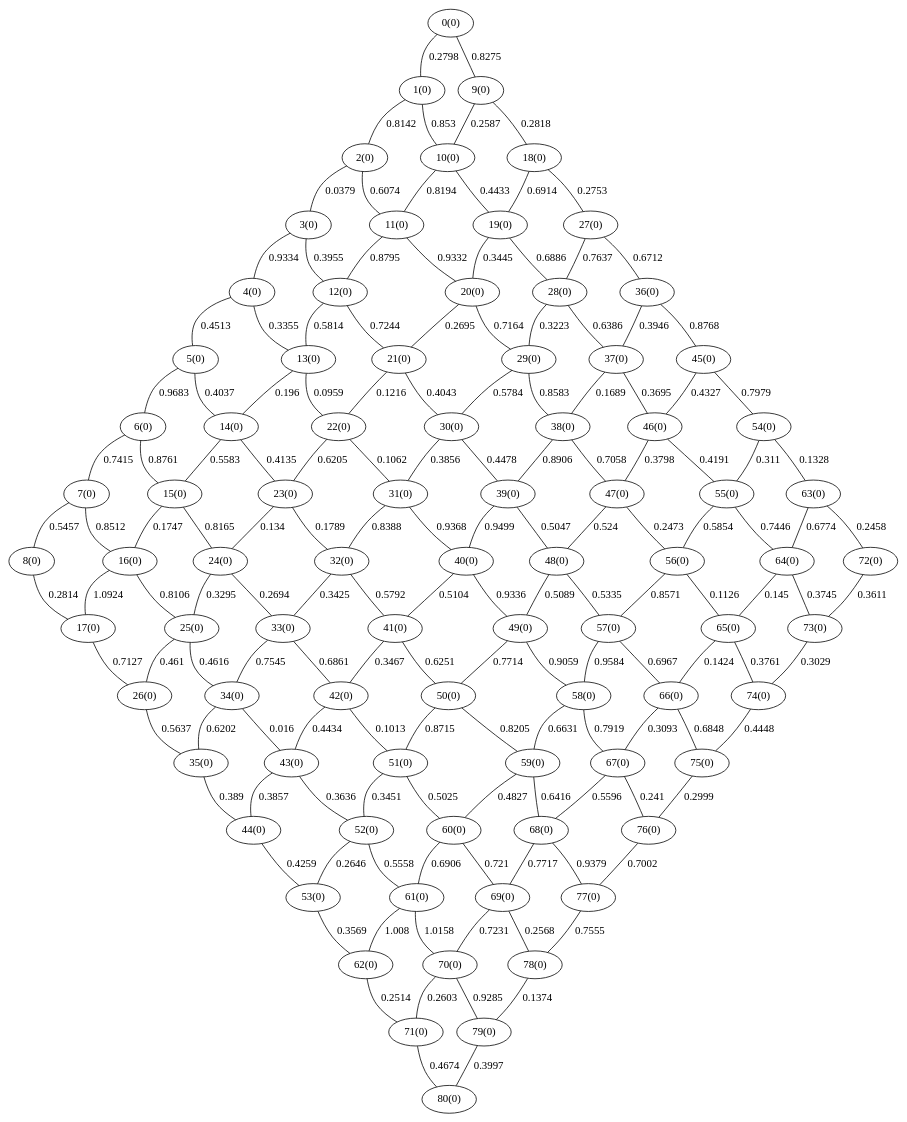
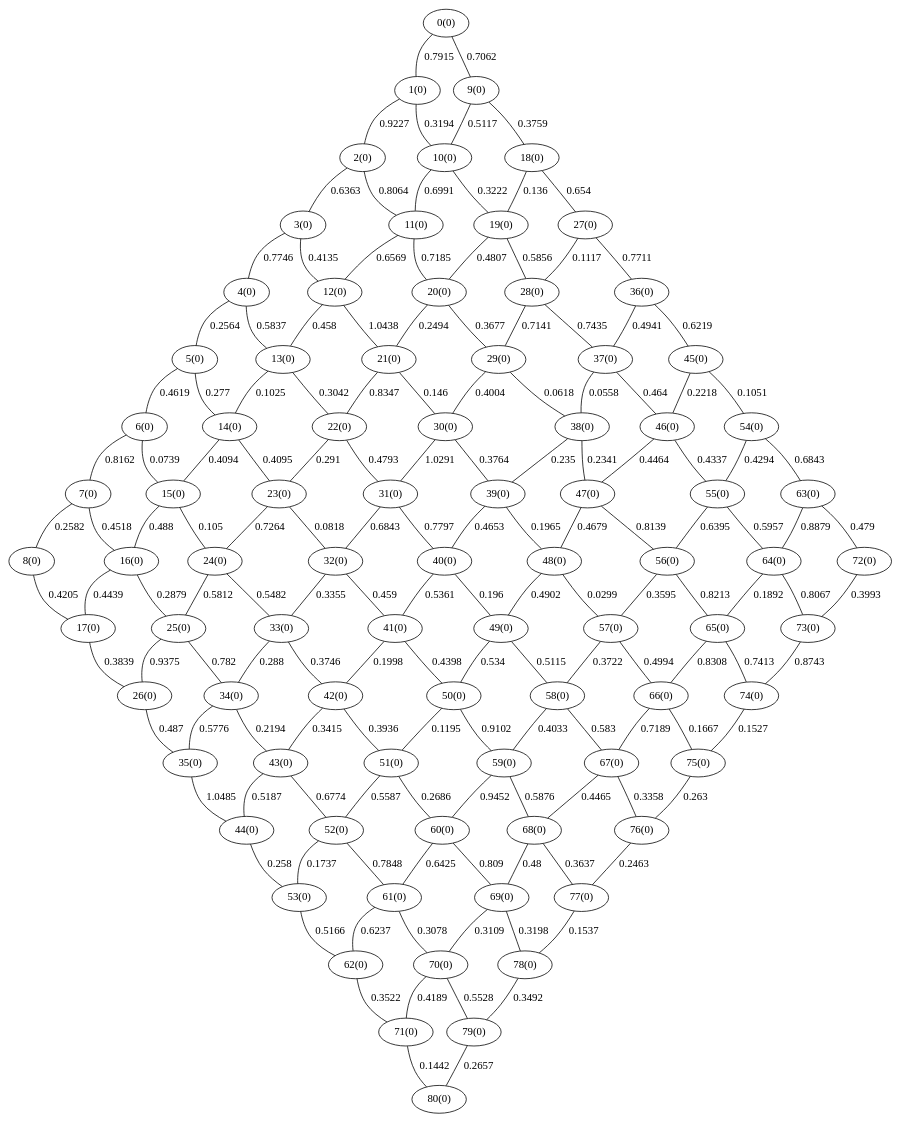
One commit to UR00ing/DAA_proyecto changed the diagram in proyecto_4/Graph/01Malla,9,9.gv. Above: the diagram before and after it, drawn with Graphviz. The commit also changed 98 other files, not shown here.

```diff
--- a/proyecto_4/Graph/01Malla,9,9.gv
+++ b/proyecto_4/Graph/01Malla,9,9.gv
@@ -1,146 +1,146 @@
 graph G {
-"0(0)" -- "1(0)" [label="0.2798"];
-"0(0)" -- "9(0)" [label="0.8275"];
-"1(0)" -- "2(0)" [label="0.8142"];
-"1(0)" -- "10(0)" [label="0.853"];
-"2(0)" -- "3(0)" [label="0.0379"];
-"2(0)" -- "11(0)" [label="0.6074"];
-"3(0)" -- "4(0)" [label="0.9334"];
-"3(0)" -- "12(0)" [label="0.3955"];
-"4(0)" -- "5(0)" [label="0.4513"];
-"4(0)" -- "13(0)" [label="0.3355"];
-"5(0)" -- "6(0)" [label="0.9683"];
-"5(0)" -- "14(0)" [label="0.4037"];
-"6(0)" -- "7(0)" [label="0.7415"];
-"6(0)" -- "15(0)" [label="0.8761"];
-"7(0)" -- "8(0)" [label="0.5457"];
-"7(0)" -- "16(0)" [label="0.8512"];
-"8(0)" -- "17(0)" [label="0.2814"];
-"9(0)" -- "10(0)" [label="0.2587"];
-"9(0)" -- "18(0)" [label="0.2818"];
-"10(0)" -- "11(0)" [label="0.8194"];
-"10(0)" -- "19(0)" [label="0.4433"];
-"11(0)" -- "12(0)" [label="0.8795"];
-"11(0)" -- "20(0)" [label="0.9332"];
-"12(0)" -- "13(0)" [label="0.5814"];
-"12(0)" -- "21(0)" [label="0.7244"];
-"13(0)" -- "14(0)" [label="0.196"];
-"13(0)" -- "22(0)" [label="0.0959"];
-"14(0)" -- "15(0)" [label="0.5583"];
-"14(0)" -- "23(0)" [label="0.4135"];
-"15(0)" -- "16(0)" [label="0.1747"];
-"15(0)" -- "24(0)" [label="0.8165"];
-"16(0)" -- "17(0)" [label="1.0924"];
-"16(0)" -- "25(0)" [label="0.8106"];
-"17(0)" -- "26(0)" [label="0.7127"];
-"18(0)" -- "19(0)" [label="0.6914"];
-"18(0)" -- "27(0)" [label="0.2753"];
-"19(0)" -- "20(0)" [label="0.3445"];
-"19(0)" -- "28(0)" [label="0.6886"];
-"20(0)" -- "21(0)" [label="0.2695"];
-"20(0)" -- "29(0)" [label="0.7164"];
-"21(0)" -- "22(0)" [label="0.1216"];
-"21(0)" -- "30(0)" [label="0.4043"];
-"22(0)" -- "23(0)" [label="0.6205"];
-"22(0)" -- "31(0)" [label="0.1062"];
-"23(0)" -- "24(0)" [label="0.134"];
-"23(0)" -- "32(0)" [label="0.1789"];
-"24(0)" -- "25(0)" [label="0.3295"];
-"24(0)" -- "33(0)" [label="0.2694"];
-"25(0)" -- "26(0)" [label="0.461"];
-"25(0)" -- "34(0)" [label="0.4616"];
-"26(0)" -- "35(0)" [label="0.5637"];
-"27(0)" -- "28(0)" [label="0.7637"];
-"27(0)" -- "36(0)" [label="0.6712"];
-"28(0)" -- "29(0)" [label="0.3223"];
-"28(0)" -- "37(0)" [label="0.6386"];
-"29(0)" -- "30(0)" [label="0.5784"];
-"29(0)" -- "38(0)" [label="0.8583"];
-"30(0)" -- "31(0)" [label="0.3856"];
-"30(0)" -- "39(0)" [label="0.4478"];
-"31(0)" -- "32(0)" [label="0.8388"];
-"31(0)" -- "40(0)" [label="0.9368"];
-"32(0)" -- "33(0)" [label="0.3425"];
-"32(0)" -- "41(0)" [label="0.5792"];
-"33(0)" -- "34(0)" [label="0.7545"];
-"33(0)" -- "42(0)" [label="0.6861"];
-"34(0)" -- "35(0)" [label="0.6202"];
-"34(0)" -- "43(0)" [label="0.016"];
-"35(0)" -- "44(0)" [label="0.389"];
-"36(0)" -- "37(0)" [label="0.3946"];
-"36(0)" -- "45(0)" [label="0.8768"];
-"37(0)" -- "38(0)" [label="0.1689"];
-"37(0)" -- "46(0)" [label="0.3695"];
-"38(0)" -- "39(0)" [label="0.8906"];
-"38(0)" -- "47(0)" [label="0.7058"];
-"39(0)" -- "40(0)" [label="0.9499"];
-"39(0)" -- "48(0)" [label="0.5047"];
-"40(0)" -- "41(0)" [label="0.5104"];
-"40(0)" -- "49(0)" [label="0.9336"];
-"41(0)" -- "42(0)" [label="0.3467"];
-"41(0)" -- "50(0)" [label="0.6251"];
-"42(0)" -- "43(0)" [label="0.4434"];
-"42(0)" -- "51(0)" [label="0.1013"];
-"43(0)" -- "44(0)" [label="0.3857"];
-"43(0)" -- "52(0)" [label="0.3636"];
-"44(0)" -- "53(0)" [label="0.4259"];
-"45(0)" -- "46(0)" [label="0.4327"];
-"45(0)" -- "54(0)" [label="0.7979"];
-"46(0)" -- "47(0)" [label="0.3798"];
-"46(0)" -- "55(0)" [label="0.4191"];
-"47(0)" -- "48(0)" [label="0.524"];
-"47(0)" -- "56(0)" [label="0.2473"];
-"48(0)" -- "49(0)" [label="0.5089"];
-"48(0)" -- "57(0)" [label="0.5335"];
-"49(0)" -- "50(0)" [label="0.7714"];
-"49(0)" -- "58(0)" [label="0.9059"];
-"50(0)" -- "51(0)" [label="0.8715"];
-"50(0)" -- "59(0)" [label="0.8205"];
-"51(0)" -- "52(0)" [label="0.3451"];
-"51(0)" -- "60(0)" [label="0.5025"];
-"52(0)" -- "53(0)" [label="0.2646"];
-"52(0)" -- "61(0)" [label="0.5558"];
-"53(0)" -- "62(0)" [label="0.3569"];
-"54(0)" -- "55(0)" [label="0.311"];
-"54(0)" -- "63(0)" [label="0.1328"];
-"55(0)" -- "56(0)" [label="0.5854"];
-"55(0)" -- "64(0)" [label="0.7446"];
-"56(0)" -- "57(0)" [label="0.8571"];
-"56(0)" -- "65(0)" [label="0.1126"];
-"57(0)" -- "58(0)" [label="0.9584"];
-"57(0)" -- "66(0)" [label="0.6967"];
-"58(0)" -- "59(0)" [label="0.6631"];
-"58(0)" -- "67(0)" [label="0.7919"];
-"59(0)" -- "60(0)" [label="0.4827"];
-"59(0)" -- "68(0)" [label="0.6416"];
-"60(0)" -- "61(0)" [label="0.6906"];
-"60(0)" -- "69(0)" [label="0.721"];
-"61(0)" -- "62(0)" [label="1.008"];
-"61(0)" -- "70(0)" [label="1.0158"];
-"62(0)" -- "71(0)" [label="0.2514"];
-"63(0)" -- "64(0)" [label="0.6774"];
-"63(0)" -- "72(0)" [label="0.2458"];
-"64(0)" -- "65(0)" [label="0.145"];
-"64(0)" -- "73(0)" [label="0.3745"];
-"65(0)" -- "66(0)" [label="0.1424"];
-"65(0)" -- "74(0)" [label="0.3761"];
-"66(0)" -- "67(0)" [label="0.3093"];
-"66(0)" -- "75(0)" [label="0.6848"];
-"67(0)" -- "68(0)" [label="0.5596"];
-"67(0)" -- "76(0)" [label="0.241"];
-"68(0)" -- "69(0)" [label="0.7717"];
-"68(0)" -- "77(0)" [label="0.9379"];
-"69(0)" -- "70(0)" [label="0.7231"];
-"69(0)" -- "78(0)" [label="0.2568"];
-"70(0)" -- "71(0)" [label="0.2603"];
-"70(0)" -- "79(0)" [label="0.9285"];
-"71(0)" -- "80(0)" [label="0.4674"];
-"72(0)" -- "73(0)" [label="0.3611"];
-"73(0)" -- "74(0)" [label="0.3029"];
-"74(0)" -- "75(0)" [label="0.4448"];
-"75(0)" -- "76(0)" [label="0.2999"];
-"76(0)" -- "77(0)" [label="0.7002"];
-"77(0)" -- "78(0)" [label="0.7555"];
-"78(0)" -- "79(0)" [label="0.1374"];
-"79(0)" -- "80(0)" [label="0.3997"];
+"0(0)" -- "1(0)" [label="0.7915"];
+"0(0)" -- "9(0)" [label="0.7062"];
+"1(0)" -- "2(0)" [label="0.9227"];
+"1(0)" -- "10(0)" [label="0.3194"];
+"2(0)" -- "3(0)" [label="0.6363"];
+"2(0)" -- "11(0)" [label="0.8064"];
+"3(0)" -- "4(0)" [label="0.7746"];
+"3(0)" -- "12(0)" [label="0.4135"];
+"4(0)" -- "5(0)" [label="0.2564"];
+"4(0)" -- "13(0)" [label="0.5837"];
+"5(0)" -- "6(0)" [label="0.4619"];
+"5(0)" -- "14(0)" [label="0.277"];
+"6(0)" -- "7(0)" [label="0.8162"];
+"6(0)" -- "15(0)" [label="0.0739"];
+"7(0)" -- "8(0)" [label="0.2582"];
+"7(0)" -- "16(0)" [label="0.4518"];
+"8(0)" -- "17(0)" [label="0.4205"];
+"9(0)" -- "10(0)" [label="0.5117"];
+"9(0)" -- "18(0)" [label="0.3759"];
+"10(0)" -- "11(0)" [label="0.6991"];
+"10(0)" -- "19(0)" [label="0.3222"];
+"11(0)" -- "12(0)" [label="0.6569"];
+"11(0)" -- "20(0)" [label="0.7185"];
+"12(0)" -- "13(0)" [label="0.458"];
+"12(0)" -- "21(0)" [label="1.0438"];
+"13(0)" -- "14(0)" [label="0.1025"];
+"13(0)" -- "22(0)" [label="0.3042"];
+"14(0)" -- "15(0)" [label="0.4094"];
+"14(0)" -- "23(0)" [label="0.4095"];
+"15(0)" -- "16(0)" [label="0.488"];
+"15(0)" -- "24(0)" [label="0.105"];
+"16(0)" -- "17(0)" [label="0.4439"];
+"16(0)" -- "25(0)" [label="0.2879"];
+"17(0)" -- "26(0)" [label="0.3839"];
+"18(0)" -- "19(0)" [label="0.136"];
+"18(0)" -- "27(0)" [label="0.654"];
+"19(0)" -- "20(0)" [label="0.4807"];
+"19(0)" -- "28(0)" [label="0.5856"];
+"20(0)" -- "21(0)" [label="0.2494"];
+"20(0)" -- "29(0)" [label="0.3677"];
+"21(0)" -- "22(0)" [label="0.8347"];
+"21(0)" -- "30(0)" [label="0.146"];
+"22(0)" -- "23(0)" [label="0.291"];
+"22(0)" -- "31(0)" [label="0.4793"];
+"23(0)" -- "24(0)" [label="0.7264"];
+"23(0)" -- "32(0)" [label="0.0818"];
+"24(0)" -- "25(0)" [label="0.5812"];
+"24(0)" -- "33(0)" [label="0.5482"];
+"25(0)" -- "26(0)" [label="0.9375"];
+"25(0)" -- "34(0)" [label="0.782"];
+"26(0)" -- "35(0)" [label="0.487"];
+"27(0)" -- "28(0)" [label="0.1117"];
+"27(0)" -- "36(0)" [label="0.7711"];
+"28(0)" -- "29(0)" [label="0.7141"];
+"28(0)" -- "37(0)" [label="0.7435"];
+"29(0)" -- "30(0)" [label="0.4004"];
+"29(0)" -- "38(0)" [label="0.0618"];
+"30(0)" -- "31(0)" [label="1.0291"];
+"30(0)" -- "39(0)" [label="0.3764"];
+"31(0)" -- "32(0)" [label="0.6843"];
+"31(0)" -- "40(0)" [label="0.7797"];
+"32(0)" -- "33(0)" [label="0.3355"];
+"32(0)" -- "41(0)" [label="0.459"];
+"33(0)" -- "34(0)" [label="0.288"];
+"33(0)" -- "42(0)" [label="0.3746"];
+"34(0)" -- "35(0)" [label="0.5776"];
+"34(0)" -- "43(0)" [label="0.2194"];
+"35(0)" -- "44(0)" [label="1.0485"];
+"36(0)" -- "37(0)" [label="0.4941"];
+"36(0)" -- "45(0)" [label="0.6219"];
+"37(0)" -- "38(0)" [label="0.0558"];
+"37(0)" -- "46(0)" [label="0.464"];
+"38(0)" -- "39(0)" [label="0.235"];
+"38(0)" -- "47(0)" [label="0.2341"];
+"39(0)" -- "40(0)" [label="0.4653"];
+"39(0)" -- "48(0)" [label="0.1965"];
+"40(0)" -- "41(0)" [label="0.5361"];
+"40(0)" -- "49(0)" [label="0.196"];
+"41(0)" -- "42(0)" [label="0.1998"];
+"41(0)" -- "50(0)" [label="0.4398"];
+"42(0)" -- "43(0)" [label="0.3415"];
+"42(0)" -- "51(0)" [label="0.3936"];
+"43(0)" -- "44(0)" [label="0.5187"];
+"43(0)" -- "52(0)" [label="0.6774"];
+"44(0)" -- "53(0)" [label="0.258"];
+"45(0)" -- "46(0)" [label="0.2218"];
+"45(0)" -- "54(0)" [label="0.1051"];
+"46(0)" -- "47(0)" [label="0.4464"];
+"46(0)" -- "55(0)" [label="0.4337"];
+"47(0)" -- "48(0)" [label="0.4679"];
+"47(0)" -- "56(0)" [label="0.8139"];
+"48(0)" -- "49(0)" [label="0.4902"];
+"48(0)" -- "57(0)" [label="0.0299"];
+"49(0)" -- "50(0)" [label="0.534"];
+"49(0)" -- "58(0)" [label="0.5115"];
+"50(0)" -- "51(0)" [label="0.1195"];
+"50(0)" -- "59(0)" [label="0.9102"];
+"51(0)" -- "52(0)" [label="0.5587"];
+"51(0)" -- "60(0)" [label="0.2686"];
+"52(0)" -- "53(0)" [label="0.1737"];
+"52(0)" -- "61(0)" [label="0.7848"];
+"53(0)" -- "62(0)" [label="0.5166"];
+"54(0)" -- "55(0)" [label="0.4294"];
+"54(0)" -- "63(0)" [label="0.6843"];
+"55(0)" -- "56(0)" [label="0.6395"];
+"55(0)" -- "64(0)" [label="0.5957"];
+"56(0)" -- "57(0)" [label="0.3595"];
+"56(0)" -- "65(0)" [label="0.8213"];
+"57(0)" -- "58(0)" [label="0.3722"];
+"57(0)" -- "66(0)" [label="0.4994"];
+"58(0)" -- "59(0)" [label="0.4033"];
+"58(0)" -- "67(0)" [label="0.583"];
+"59(0)" -- "60(0)" [label="0.9452"];
+"59(0)" -- "68(0)" [label="0.5876"];
+"60(0)" -- "61(0)" [label="0.6425"];
+"60(0)" -- "69(0)" [label="0.809"];
+"61(0)" -- "62(0)" [label="0.6237"];
+"61(0)" -- "70(0)" [label="0.3078"];
+"62(0)" -- "71(0)" [label="0.3522"];
+"63(0)" -- "64(0)" [label="0.8879"];
+"63(0)" -- "72(0)" [label="0.479"];
+"64(0)" -- "65(0)" [label="0.1892"];
+"64(0)" -- "73(0)" [label="0.8067"];
+"65(0)" -- "66(0)" [label="0.8308"];
+"65(0)" -- "74(0)" [label="0.7413"];
+"66(0)" -- "67(0)" [label="0.7189"];
+"66(0)" -- "75(0)" [label="0.1667"];
+"67(0)" -- "68(0)" [label="0.4465"];
+"67(0)" -- "76(0)" [label="0.3358"];
+"68(0)" -- "69(0)" [label="0.48"];
+"68(0)" -- "77(0)" [label="0.3637"];
+"69(0)" -- "70(0)" [label="0.3109"];
+"69(0)" -- "78(0)" [label="0.3198"];
+"70(0)" -- "71(0)" [label="0.4189"];
+"70(0)" -- "79(0)" [label="0.5528"];
+"71(0)" -- "80(0)" [label="0.1442"];
+"72(0)" -- "73(0)" [label="0.3993"];
+"73(0)" -- "74(0)" [label="0.8743"];
+"74(0)" -- "75(0)" [label="0.1527"];
+"75(0)" -- "76(0)" [label="0.263"];
+"76(0)" -- "77(0)" [label="0.2463"];
+"77(0)" -- "78(0)" [label="0.1537"];
+"78(0)" -- "79(0)" [label="0.3492"];
+"79(0)" -- "80(0)" [label="0.2657"];
 }
```
